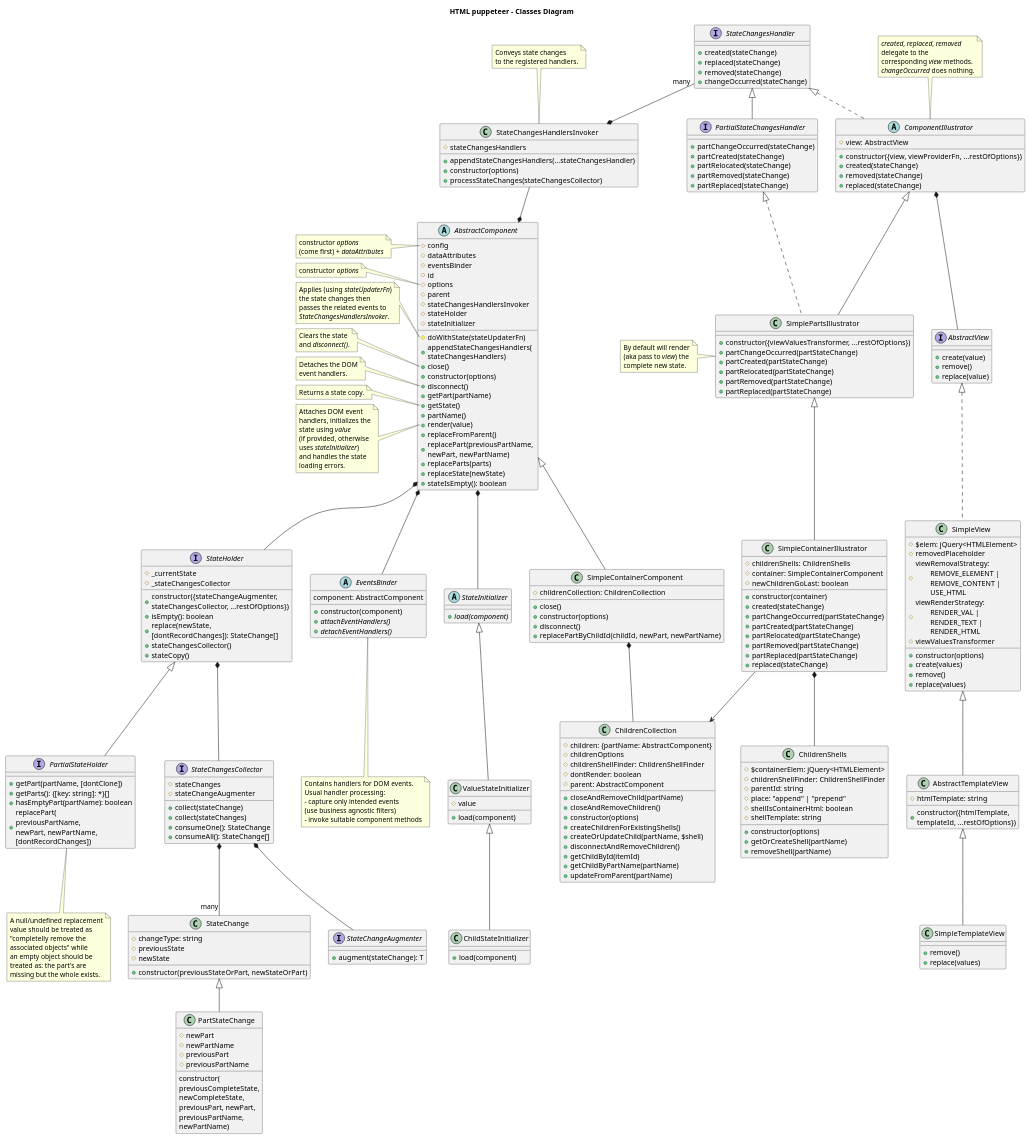
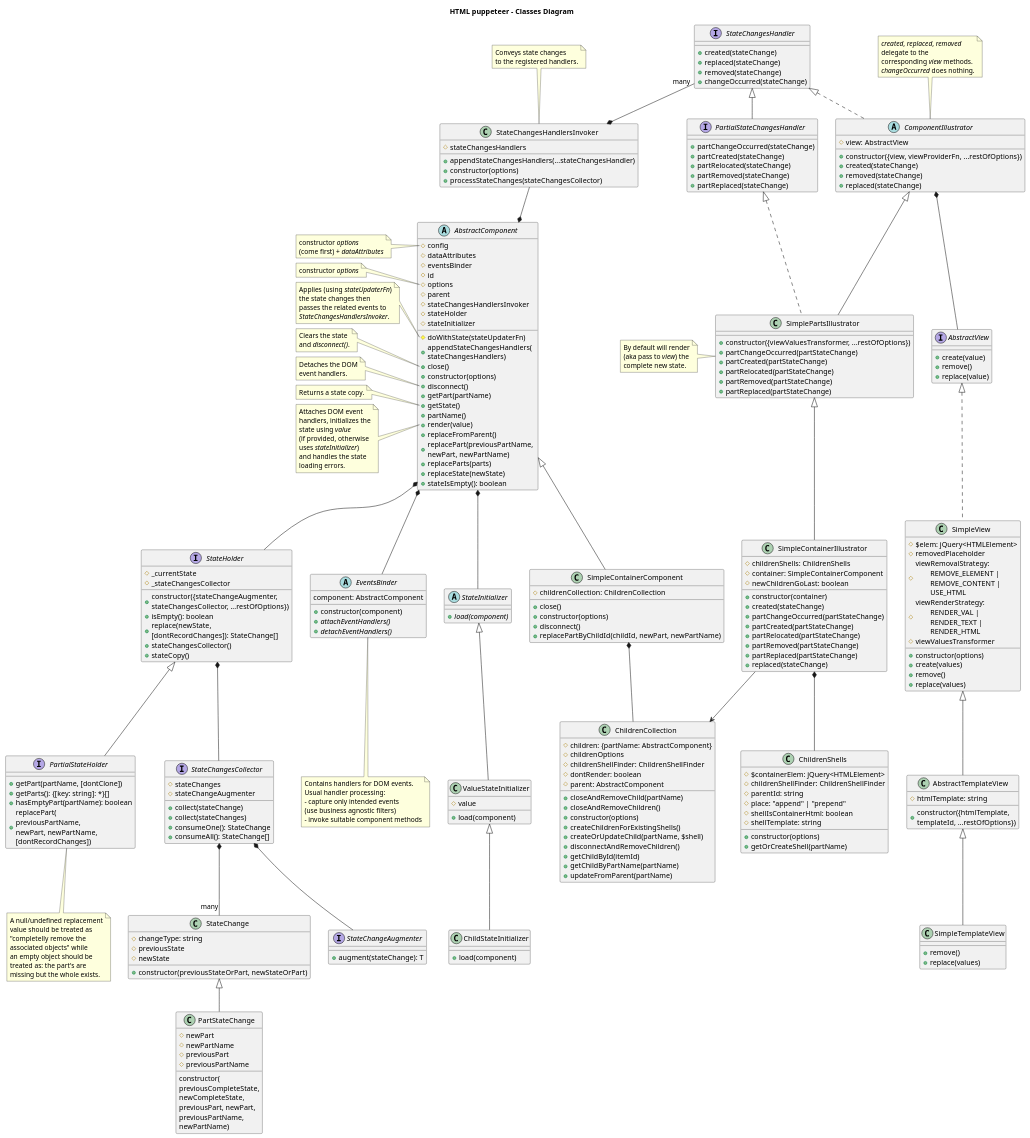
One commit to adrhc/html-puppeteer changed the diagram in design/classes-diagram-v1.puml. Above: the diagram before and after it, drawn with PlantUML. The commit also changed 14 other files, not shown here.

```diff
--- a/design/classes-diagram-v1.puml
+++ b/design/classes-diagram-v1.puml
@@ -140,7 +140,6 @@
 #shellTemplate: string
 +constructor(options)
 +getOrCreateShell(partName)
-+removeShell(partName)
 }
 
 class ChildrenCollection {
```
